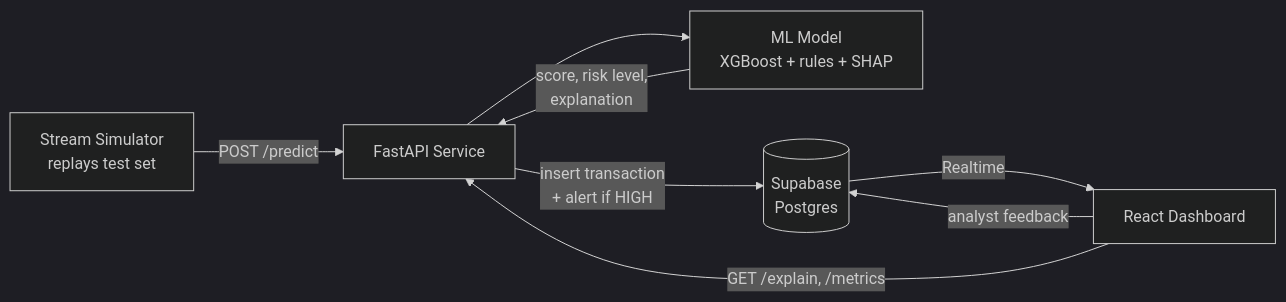
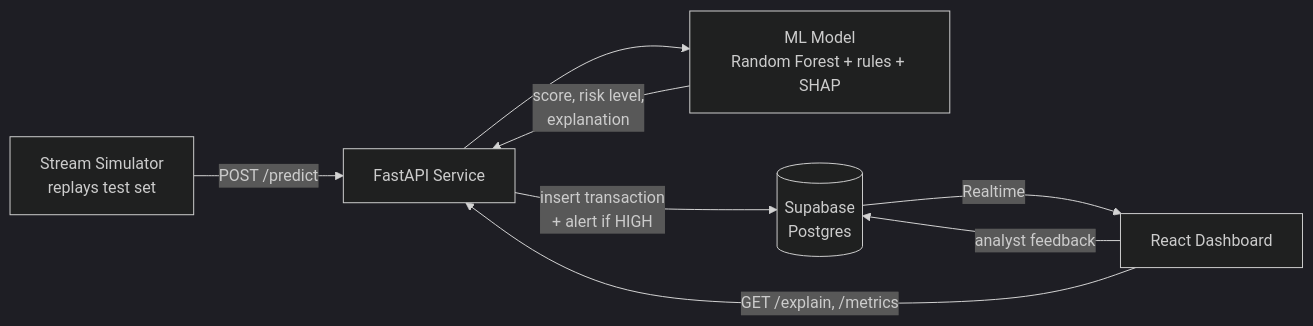
One commit to vid6848/fraud-detection changed the diagram in README.md. Above: the diagram before and after it, drawn with Mermaid (dark theme). The commit also changed other lines of this file and 6 other files, not shown here.

````diff
--- a/README.md
+++ b/README.md
@@ -42,10 +42,10 @@
 ```mermaid
 flowchart LR
     A[Stream Simulator<br/>replays test set] -->|POST /predict| B[FastAPI Service]
-    B --> C[ML Model<br/>XGBoost + rules + SHAP]
+    B --> C[ML Model<br/>Random Forest + rules + SHAP]
     C -->|score, risk level,<br/>explanation| B
     B -->|insert transaction<br/>+ alert if HIGH| D[(Supabase<br/>Postgres)]
     D -->|Realtime| E[React Dashboard]
     E -->|analyst feedback| D
     E -->|GET /explain, /metrics| B
 ```
````
